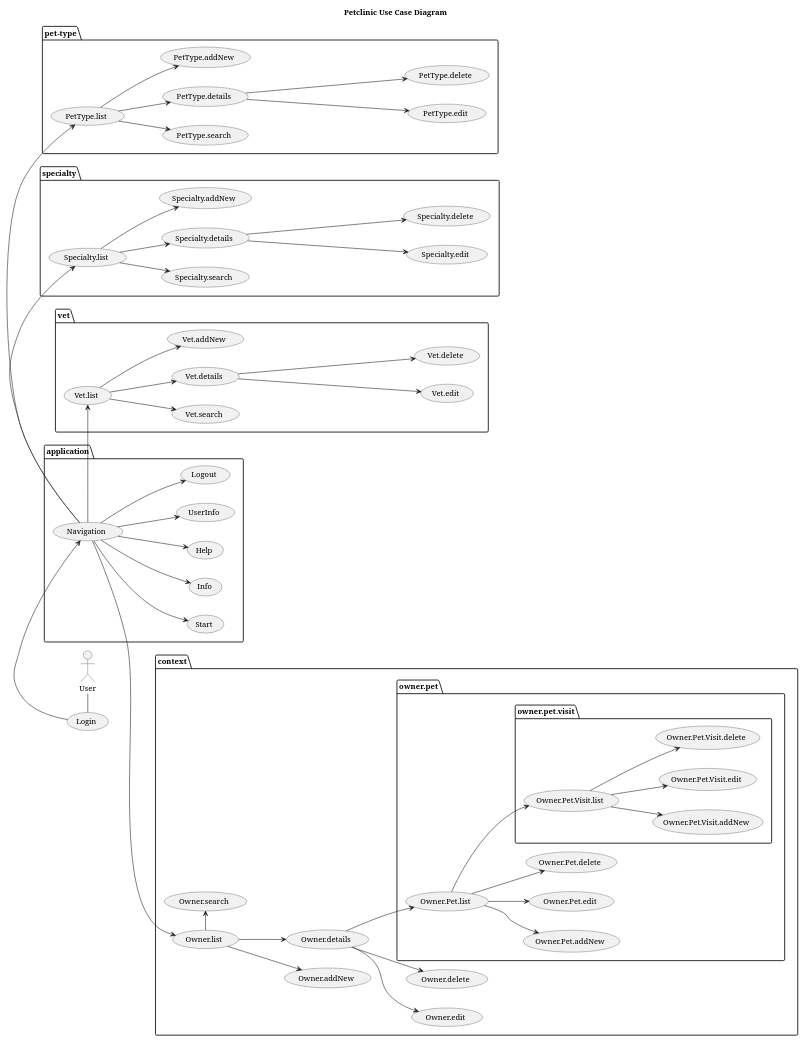
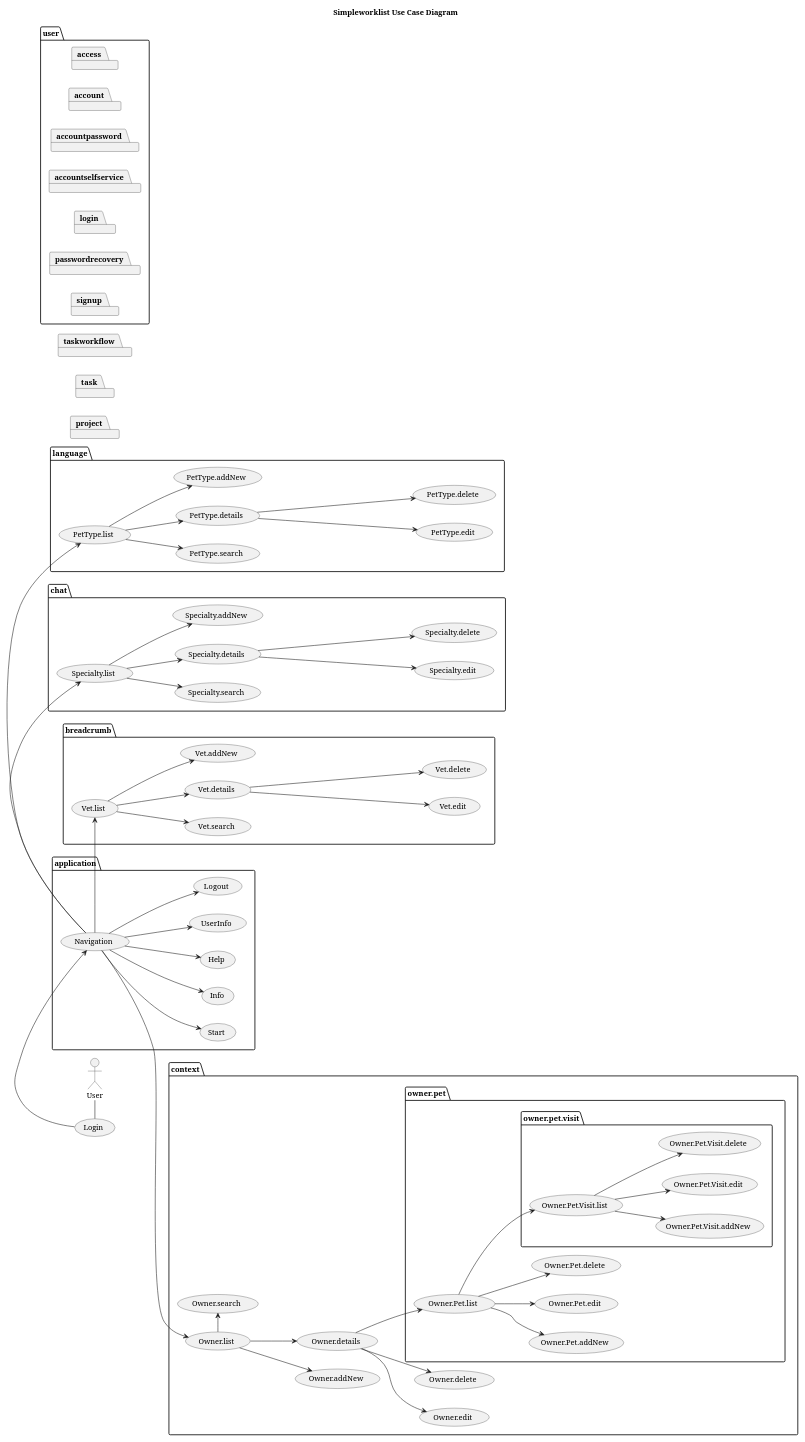
One commit to Spring-Framework-Java-Apps/simpleworklist changed the diagram in src/main/plantuml/Simpleworklist__Use_Cases.puml. Above: the diagram before and after it, drawn with PlantUML. The commit also changed 1 other file, not shown here.

```diff
--- a/src/main/plantuml/Simpleworklist__Use_Cases.puml
+++ b/src/main/plantuml/Simpleworklist__Use_Cases.puml
@@ -1,65 +1,87 @@
 @startuml
 
-title Petclinic Use Case Diagram
+title Simpleworklist Use Case Diagram
 
 left to right direction
 'top to bottom direction
 
 'https://plantuml.com/use-case-diagram
 
 scale 1200 width
 
 User - (Login)
 package application {
     (Login) -> (Navigation)
     (Navigation) --> (Start)
     (Navigation) --> (Info)
     (Navigation) --> (Help)
     (Navigation) --> (UserInfo)
     (Navigation) --> (Logout)
 }
 package context {
     (Navigation) --> (Owner.list)
     (Owner.list) -> (Owner.search)
     (Owner.list) --> (Owner.addNew)
     (Owner.list) --> (Owner.details)
     (Owner.details) --> (Owner.edit)
     (Owner.details) --> (Owner.delete)
     package owner.pet {
         (Owner.details) --> (Owner.Pet.list)
         (Owner.Pet.list) --> (Owner.Pet.addNew)
         (Owner.Pet.list) --> (Owner.Pet.edit)
         (Owner.Pet.list) --> (Owner.Pet.delete)
          package owner.pet.visit {
             (Owner.Pet.list) --> (Owner.Pet.Visit.list)
             (Owner.Pet.Visit.list) --> (Owner.Pet.Visit.addNew)
             (Owner.Pet.Visit.list) --> (Owner.Pet.Visit.edit)
             (Owner.Pet.Visit.list) --> (Owner.Pet.Visit.delete)
         }
     }
 }
-package vet {
+package breadcrumb {
     (Navigation) -> (Vet.list)
     (Vet.list) --> (Vet.search)
     (Vet.list) --> (Vet.details)
     (Vet.list) --> (Vet.addNew)
     (Vet.details) ---> (Vet.edit)
     (Vet.details) ---> (Vet.delete)
 }
-package specialty {
+package chat {
     (Navigation) -> (Specialty.list)
     (Specialty.list) --> (Specialty.search)
     (Specialty.list) --> (Specialty.details)
     (Specialty.list) --> (Specialty.addNew)
     (Specialty.details) ---> (Specialty.edit)
     (Specialty.details) ---> (Specialty.delete)
 }
-package pet-type {
+package language {
     (Navigation) -> (PetType.list)
     (PetType.list) --> (PetType.search)
     (PetType.list) --> (PetType.details)
     (PetType.list) --> (PetType.addNew)
     (PetType.details) ---> (PetType.edit)
     (PetType.details) ---> (PetType.delete)
 }
+package project {
+}
+package task {
+}
+package taskworkflow {
+}
+package user {
+  package access {
+  }
+  package account {
+  }
+  package accountpassword {
+  }
+  package accountselfservice {
+  }
+  package login {
+  }
+  package passwordrecovery {
+  }
+  package signup {
+  }
+}
 @enduml
```
